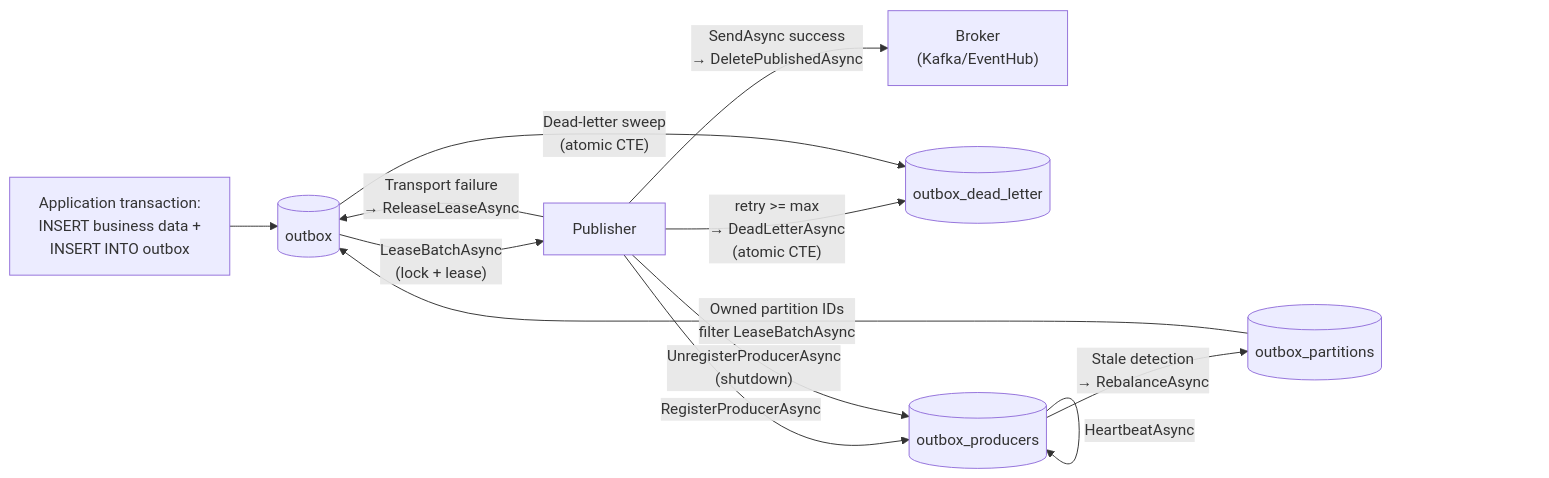
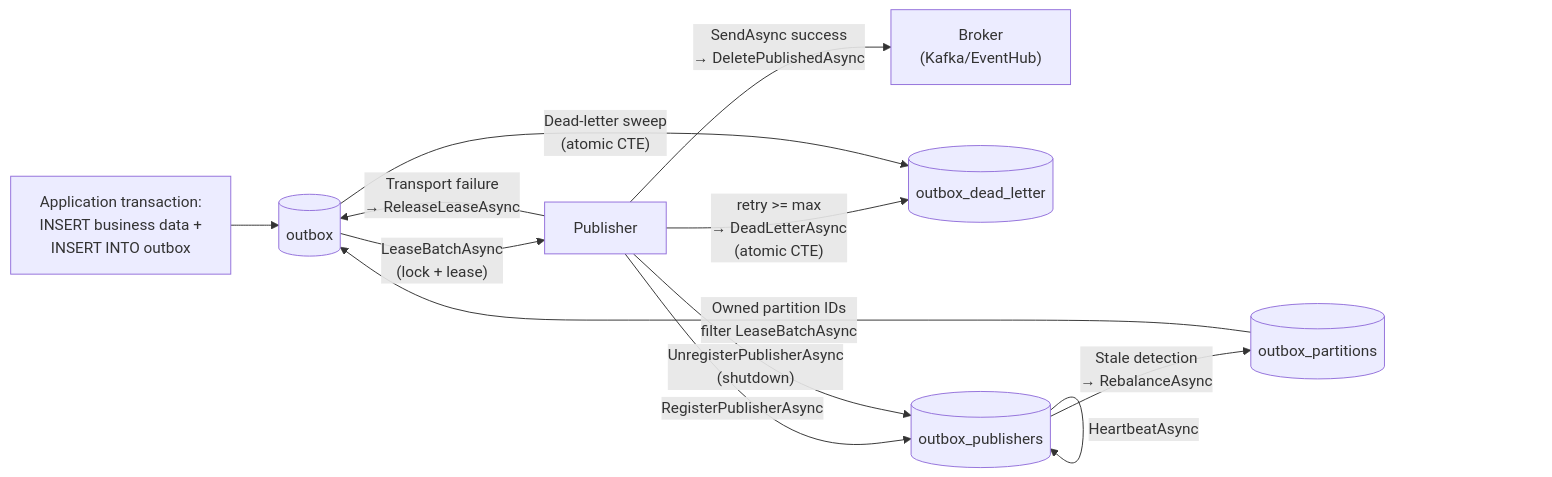
The second of 2 diagrams in docs/publisher-flow.md (vgmello/poc), drawn with Mermaid before and after one commit. The commit also changed other lines of this file and 51 other files, not shown here.

First line of the commit message:
Refactor Outbox integration tests to replace "producer" terminology with "publisher"

````diff
--- a/docs/publisher-flow.md
+++ b/docs/publisher-flow.md
@@ -279,17 +279,17 @@
 ```mermaid
 flowchart LR
     APP["Application transaction:\nINSERT business data +\nINSERT INTO outbox"] --> OUTBOX[(outbox)]
 
     OUTBOX -->|"LeaseBatchAsync\n(lock + lease)"| PUB["Publisher"]
     PUB -->|"SendAsync success\n→ DeletePublishedAsync"| BROKER["Broker\n(Kafka/EventHub)"]
     PUB -->|"Transport failure\n→ ReleaseLeaseAsync"| OUTBOX
     PUB -->|"retry >= max\n→ DeadLetterAsync\n(atomic CTE)"| DL[(outbox_dead_letter)]
     OUTBOX -->|"Dead-letter sweep\n(atomic CTE)"| DL
 
-    PROD[(outbox_producers)] -->|"HeartbeatAsync"| PROD
+    PROD[(outbox_publishers)] -->|"HeartbeatAsync"| PROD
     PROD -->|"Stale detection\n→ RebalanceAsync"| PART[(outbox_partitions)]
     PART -->|"Owned partition IDs\nfilter LeaseBatchAsync"| OUTBOX
 
-    PUB -->|"RegisterProducerAsync"| PROD
-    PUB -->|"UnregisterProducerAsync\n(shutdown)"| PROD
+    PUB -->|"RegisterPublisherAsync"| PROD
+    PUB -->|"UnregisterPublisherAsync\n(shutdown)"| PROD
 ```
````
